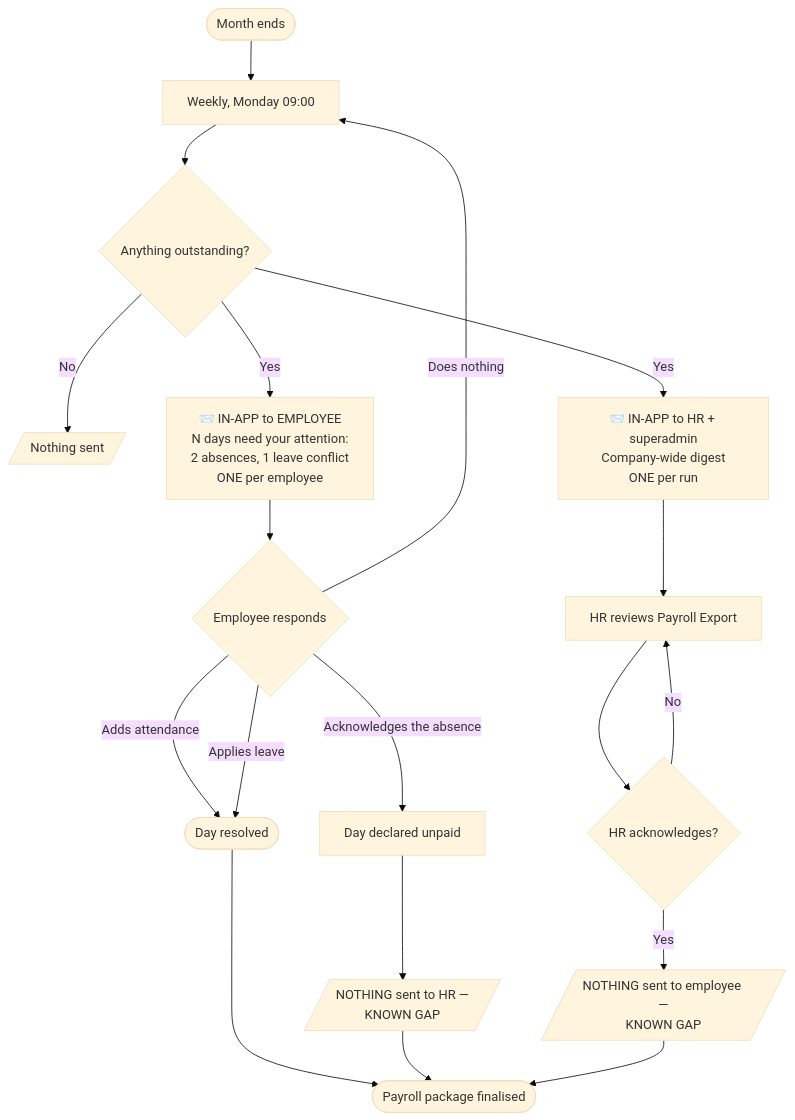
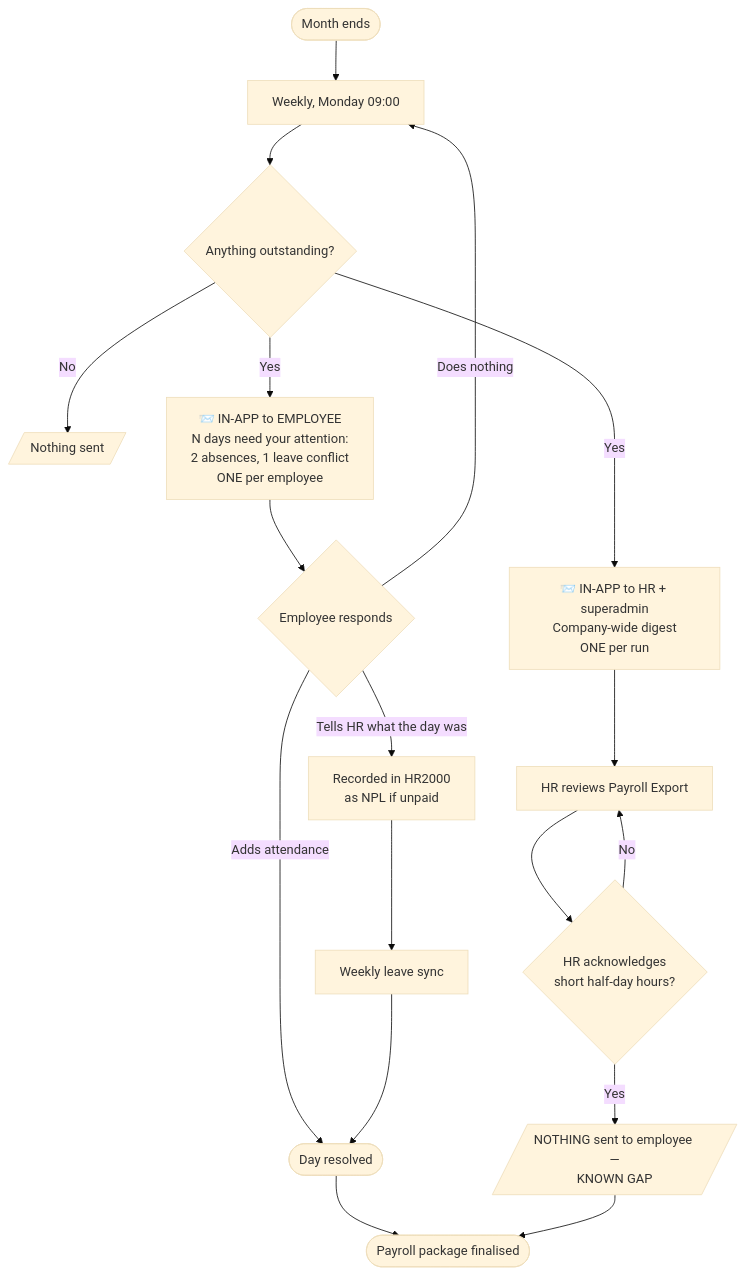
The third of 3 diagrams in docs/hr/ATTENDANCE-NOTIFICATIONS.md (hazimdanishhh/hyrax-central-portal), drawn with Mermaid (base theme) before and after one commit. The commit also changed other lines of this file and 15 other files, not shown here.

````diff
--- a/docs/hr/ATTENDANCE-NOTIFICATIONS.md
+++ b/docs/hr/ATTENDANCE-NOTIFICATIONS.md
@@ -124,27 +124,26 @@
 ```mermaid
 flowchart TD
     Month(["Month ends"]) --> Scan["Weekly, Monday 09:00"]
 
     Scan --> Any{"Anything outstanding?"}
     Any -->|No| Silent[/"Nothing sent"/]
 
     Any -->|Yes| N9["📨 IN-APP to EMPLOYEE<br/>N days need your attention:<br/>2 absences, 1 leave conflict<br/>ONE per employee"]
     Any -->|Yes| N10["📨 IN-APP to HR + superadmin<br/>Company-wide digest<br/>ONE per run"]
 
     N9 --> Fix{"Employee responds"}
     Fix -->|Adds attendance| Resolved(["Day resolved"])
-    Fix -->|Applies leave| Resolved
-    Fix -->|Acknowledges the absence| ACK["Day declared unpaid"]
+    Fix -->|Tells HR what the day was| HR2000["Recorded in HR2000<br/>as NPL if unpaid"]
     Fix -->|Does nothing| Scan
 
-    ACK --> GAP3[/"NOTHING sent to HR —<br/>KNOWN GAP"/]
+    HR2000 --> Sync["Weekly leave sync"]
+    Sync --> Resolved
 
     N10 --> HRWork["HR reviews Payroll Export"]
-    HRWork --> HRACK{"HR acknowledges?"}
+    HRWork --> HRACK{"HR acknowledges<br/>short half-day hours?"}
     HRACK -->|Yes| GAP4[/"NOTHING sent to employee —<br/>KNOWN GAP"/]
     HRACK -->|No| HRWork
 
     Resolved --> Export(["Payroll package finalised"])
-    GAP3 --> Export
     GAP4 --> Export
 ```
````
